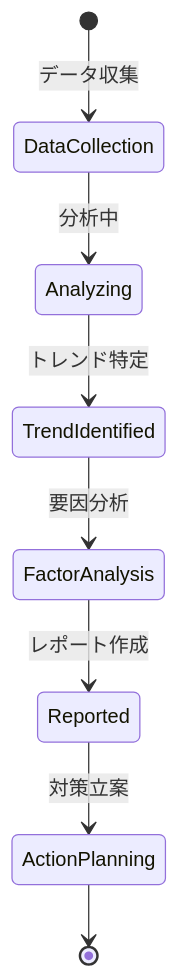
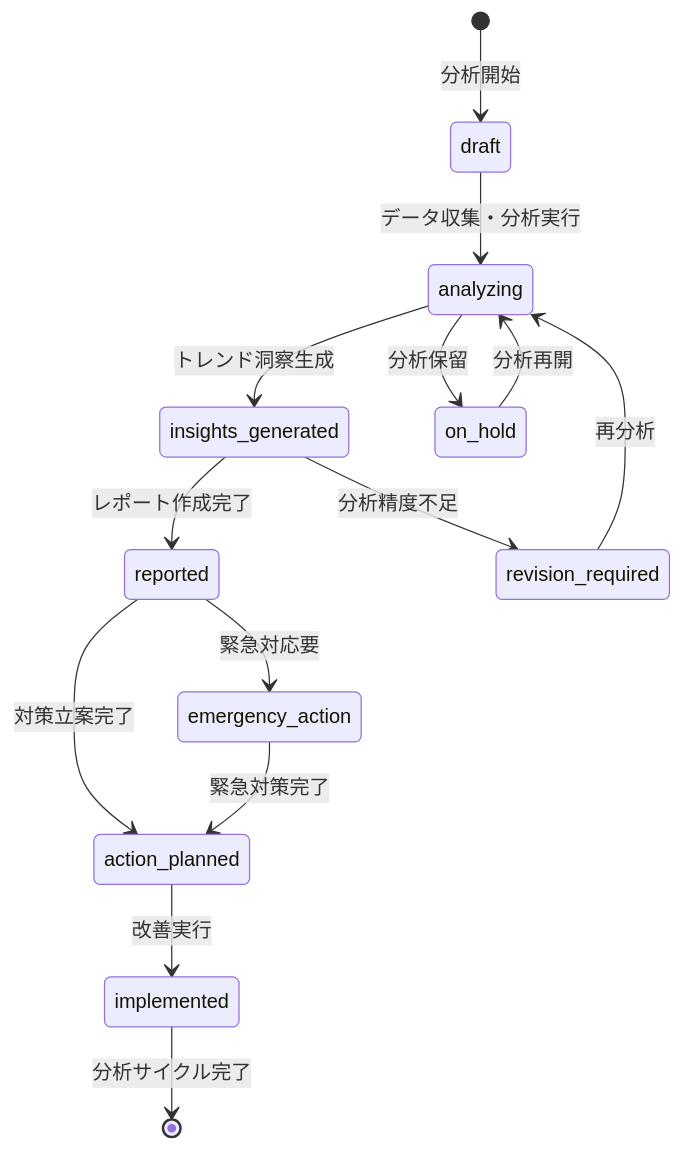
The diagram in consulting-dashboard-new/docs/parasol/services/revenue-optimization-service/capabilities/analyze-and-improve-profitability/operations/analyze-profitability-trends/operation.md (hmoriya/consultingTool), drawn with Mermaid before and after one commit. The commit also changed other lines of this file and 209 other files, not shown here.

````diff
--- a/consulting-dashboard-new/docs/parasol/services/revenue-optimization-service/capabilities/analyze-and-improve-profitability/operations/analyze-profitability-trends/operation.md
+++ b/consulting-dashboard-new/docs/parasol/services/revenue-optimization-service/capabilities/analyze-and-improve-profitability/operations/analyze-profitability-trends/operation.md
@@ -56,10 +123,17 @@
 ```mermaid
 stateDiagram-v2
-    [*] --> DataCollection: データ収集
-    DataCollection --> Analyzing: 分析中
-    Analyzing --> TrendIdentified: トレンド特定
-    TrendIdentified --> FactorAnalysis: 要因分析
-    FactorAnalysis --> Reported: レポート作成
-    Reported --> ActionPlanning: 対策立案
-    ActionPlanning --> [*]
+    [*] --> draft: 分析開始
+    draft --> analyzing: データ収集・分析実行
+    analyzing --> insights_generated: トレンド洞察生成
+    insights_generated --> reported: レポート作成完了
+    reported --> action_planned: 対策立案完了
+    action_planned --> implemented: 改善実行
+    implemented --> [*]: 分析サイクル完了
+
+    insights_generated --> revision_required: 分析精度不足
+    revision_required --> analyzing: 再分析
+    reported --> emergency_action: 緊急対応要
+    emergency_action --> action_planned: 緊急対策完了
+    analyzing --> on_hold: 分析保留
+    on_hold --> analyzing: 分析再開
 ```
````
